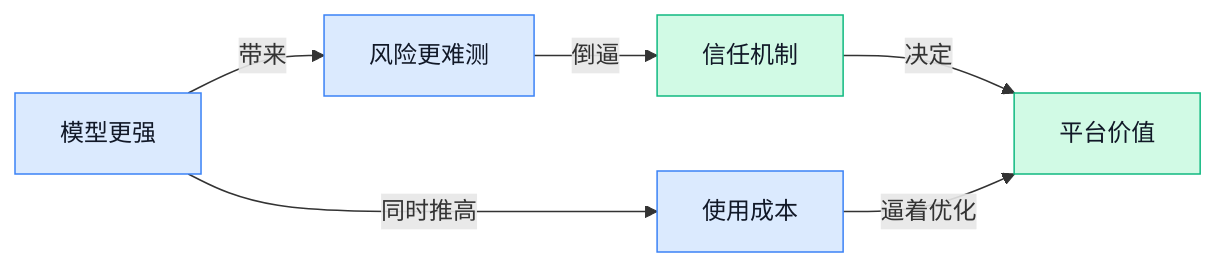
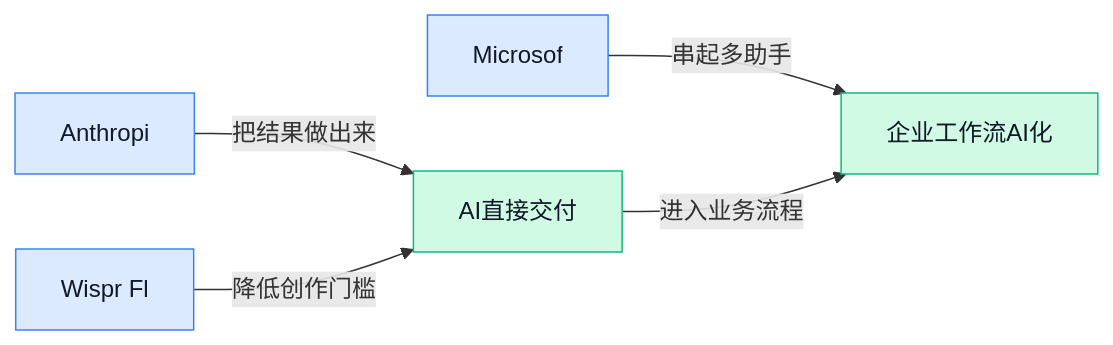
The diagram in content/cn/2026/2026-05/2026-05-11.md (zhuxinfei/ai-daily-site), drawn with Mermaid before and after one commit. The commit also changed other lines of this file and 2 other files, not shown here.

````diff
--- a/content/cn/2026/2026-05/2026-05-11.md
+++ b/content/cn/2026/2026-05/2026-05-11.md
@@ -130,12 +131,11 @@
 ```mermaid
 graph LR
-A[模型更强] -->|带来| B[风险更难测]
-B -->|倒逼| C[信任机制]
-C -->|决定| D[平台价值]
-A -->|同时推高| E[使用成本]
-E -->|逼着优化| D
+A[Anthropi] -->|把结果做出来| D[AI直接交付]
+B[Wispr Fl] -->|降低创作门槛| D
+C[Microsof] -->|串起多助手| E[企业工作流AI化]
+ D -->|进入业务流程| E
 classDef blue fill:#dbeafe,stroke:#3b82f6,color:#111827
 classDef green fill:#d1fae5,stroke:#10b981,color:#111827
-class A,B,E blue
-class C,D green
+class A,B,C blue
+class D,E green
 ```
````
